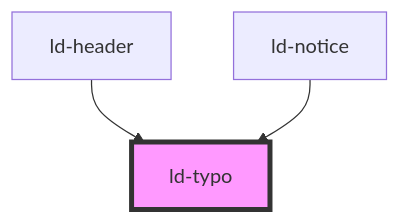
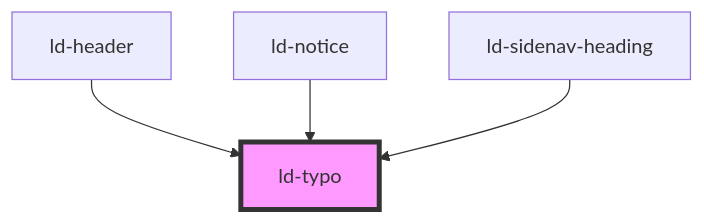
One commit to emdgroup-liquid/liquid changed the diagram in src/liquid/components/ld-typo/readme.md. Above: the diagram before and after it, drawn with Mermaid. The commit also changed other lines of this file and 73 other files, not shown here.

````diff
--- a/src/liquid/components/ld-typo/readme.md
+++ b/src/liquid/components/ld-typo/readme.md
@@ -427,6 +428,7 @@
 ```mermaid
 graph TD;
   ld-header --> ld-typo
   ld-notice --> ld-typo
+  ld-sidenav-heading --> ld-typo
   style ld-typo fill:#f9f,stroke:#333,stroke-width:4px
 ```
````
